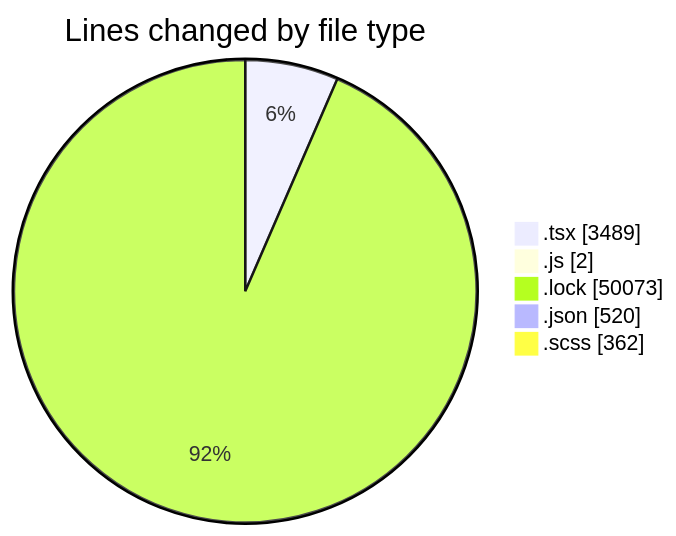
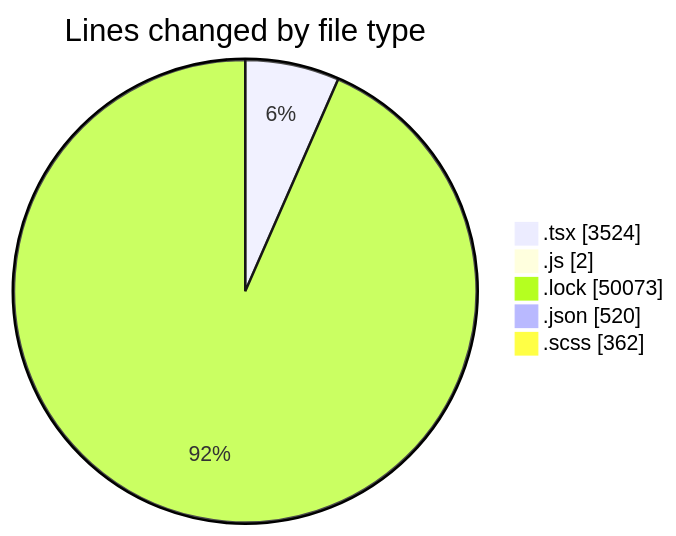
Before and after one commit to momahboobian/code-tracking: the first of 2 diagrams in 2026-05-15/cda/README.md, drawn with Mermaid. The commit also changed other lines of this file and 1 other file, not shown here.

````diff
--- a/2026-05-15/cda/README.md
+++ b/2026-05-15/cda/README.md
@@ -47,9 +47,9 @@
 ```mermaid
 pie showData
 title Lines changed by file type
-".tsx" : 3489
+".tsx" : 3524
 ".js" : 2
 ".lock" : 50073
 ".json" : 520
 ".scss" : 362
 ```
````
